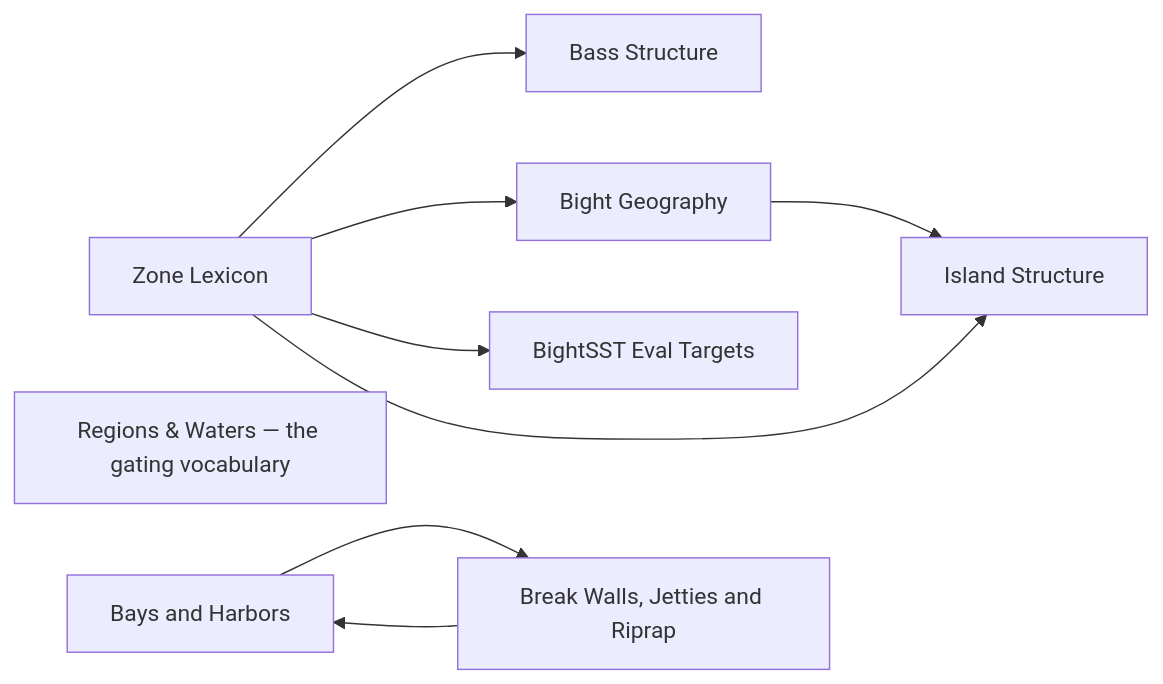
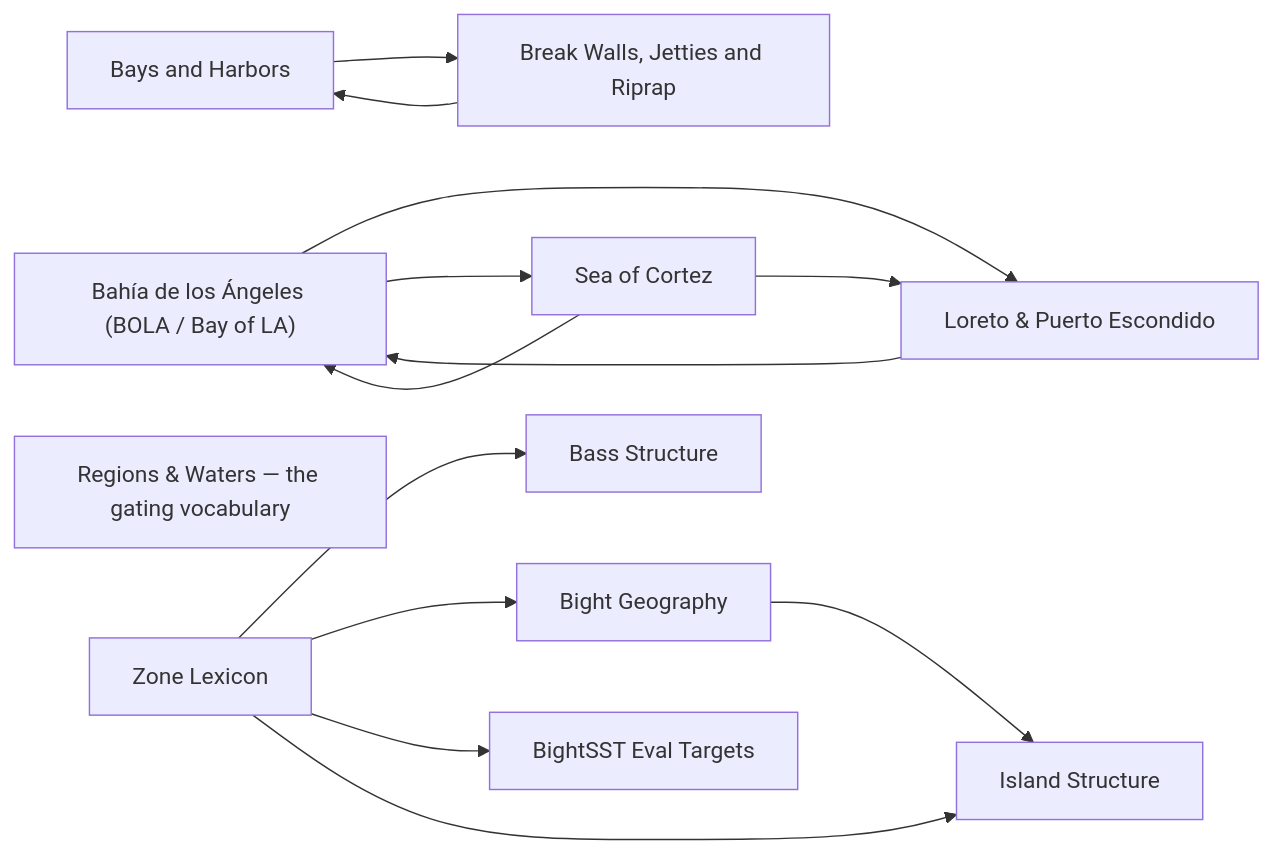
The diagram in locations/README.md (camchuckpete-max/Socal-Fishing-Knowledge), drawn with Mermaid before and after one commit. The commit also changed other lines of this file and 68 other files, not shown here.

````diff
--- a/locations/README.md
+++ b/locations/README.md
@@ -21,18 +24,26 @@
 ```mermaid
 graph LR
-  n0["Bass Structure"]
-  n1["Bays and Harbors"]
-  n2["Bight Geography"]
-  n3["BightSST Eval Targets"]
-  n4["Break Walls, Jetties and Riprap"]
-  n5["Island Structure"]
-  n6["Regions & Waters — the gating vocabulary"]
-  n7["Zone Lexicon"]
-  n1 --> n4
+  n0["Bahía de los Ángeles (BOLA / Bay of LA)"]
+  n1["Bass Structure"]
+  n2["Bays and Harbors"]
+  n3["Bight Geography"]
+  n4["BightSST Eval Targets"]
+  n5["Break Walls, Jetties and Riprap"]
+  n6["Island Structure"]
+  n7["Loreto & Puerto Escondido"]
+  n8["Regions & Waters — the gating vocabulary"]
+  n9["Sea of Cortez"]
+  n10["Zone Lexicon"]
+  n0 --> n7
+  n0 --> n9
+  n10 --> n1
+  n10 --> n3
+  n10 --> n4
+  n10 --> n6
   n2 --> n5
-  n4 --> n1
+  n3 --> n6
+  n5 --> n2
   n7 --> n0
-  n7 --> n2
-  n7 --> n3
-  n7 --> n5
+  n9 --> n0
+  n9 --> n7
 ```
````
